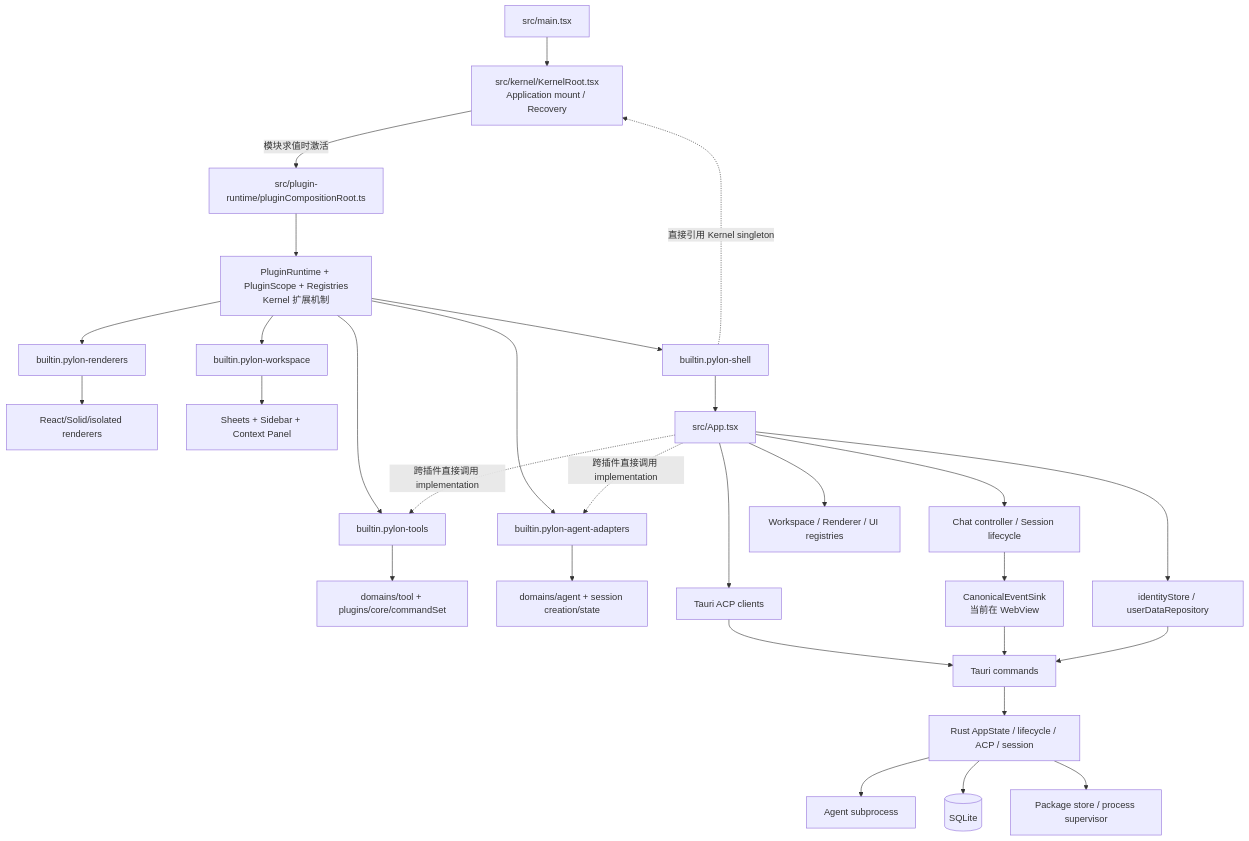
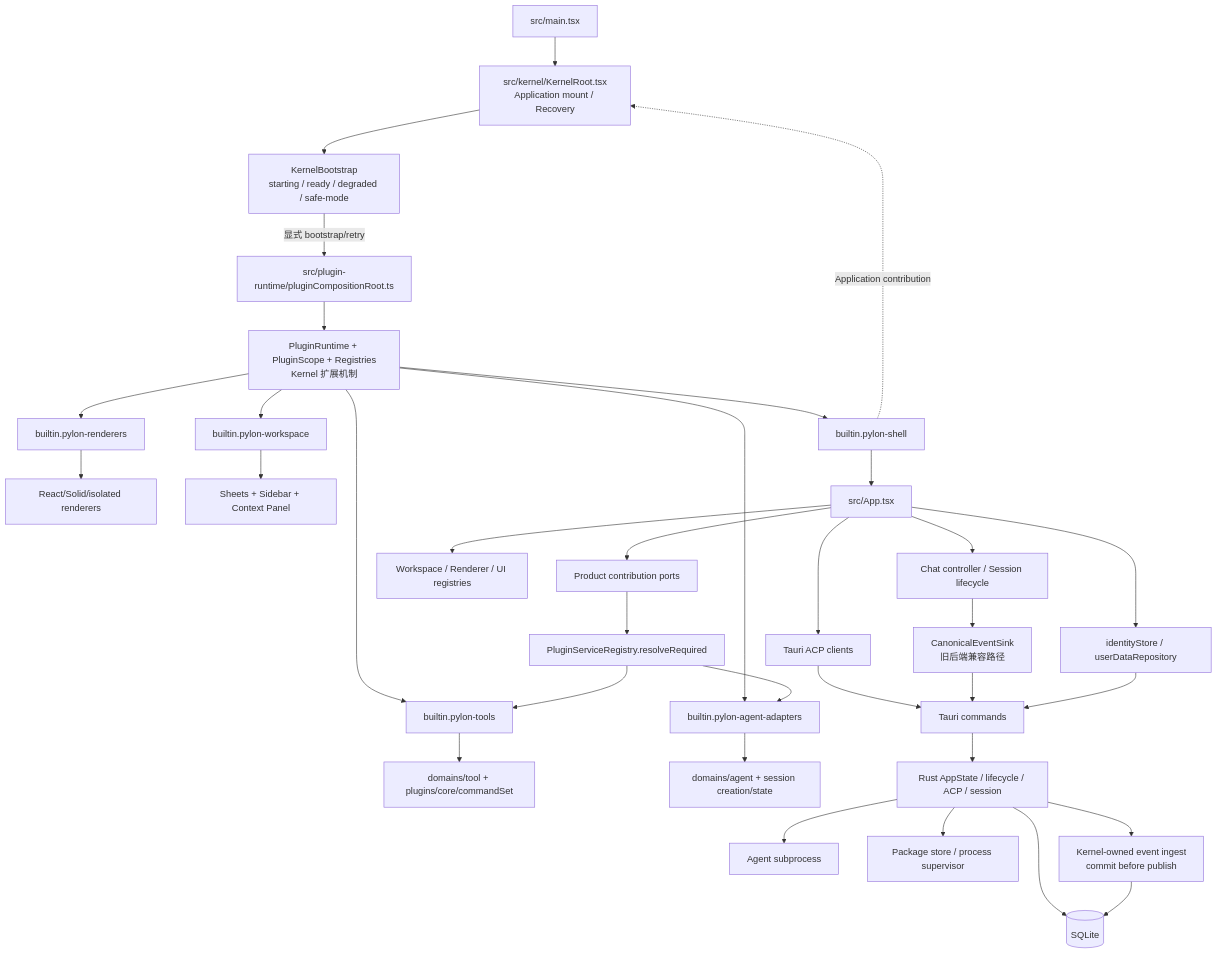
Before and after one commit to AlchemistCxC/Pylon-co-works: the first of 7 diagrams in docs/Pylon-项目架构参考.md, drawn with Mermaid. The commit also changed other lines of this file and 2 other files, not shown here.

Commit message:
docs: close kernel hardening validation ledger

````diff
--- a/docs/Pylon-项目架构参考.md
+++ b/docs/Pylon-项目架构参考.md
@@ -39,37 +39,42 @@
 ```mermaid
 flowchart TB
   Entry["src/main.tsx"] --> KR["src/kernel/KernelRoot.tsx<br/>Application mount / Recovery"]
-  KR -->|模块求值时激活| CR["src/plugin-runtime/pluginCompositionRoot.ts"]
+  KR --> KB["KernelBootstrap<br/>starting / ready / degraded / safe-mode"]
+  KB -->|显式 bootstrap/retry| CR["src/plugin-runtime/pluginCompositionRoot.ts"]
   CR --> PR["PluginRuntime + PluginScope + Registries<br/>Kernel 扩展机制"]
 
   PR --> Tools["builtin.pylon-tools"]
   PR --> Agents["builtin.pylon-agent-adapters"]
   PR --> Renderers["builtin.pylon-renderers"]
   PR --> Workspace["builtin.pylon-workspace"]
   PR --> Shell["builtin.pylon-shell"]
 
   Tools --> ToolImpl["domains/tool + plugins/core/commandSet"]
   Agents --> AgentImpl["domains/agent + session creation/state"]
   Renderers --> RendererImpl["React/Solid/isolated renderers"]
   Workspace --> WorkspaceImpl["Sheets + Sidebar + Context Panel"]
   Shell --> App["src/App.tsx"]
 
   App --> Identity["identityStore / userDataRepository"]
   App --> Chat["Chat controller / Session lifecycle"]
   App --> AcpClients["Tauri ACP clients"]
   App --> PluginConsumers["Workspace / Renderer / UI registries"]
+  App --> ProductPorts["Product contribution ports"]
+  ProductPorts --> ServiceRegistry["PluginServiceRegistry.resolveRequired"]
+  ServiceRegistry --> Tools
+  ServiceRegistry --> Agents
 
   AcpClients --> IPC["Tauri commands"]
   IPC --> RustKernel["Rust AppState / lifecycle / ACP / session"]
   RustKernel --> AgentProc["Agent subprocess"]
   RustKernel --> SQLite[("SQLite")]
   RustKernel --> NativePlugins["Package store / process supervisor"]
 
-  Chat --> CanonicalSink["CanonicalEventSink<br/>当前在 WebView"]
-  CanonicalSink --> IPC
+  RustKernel --> KernelIngest["Kernel-owned event ingest<br/>commit before publish"]
+  KernelIngest --> SQLite
+  Chat --> LegacySink["CanonicalEventSink<br/>旧后端兼容路径"]
+  LegacySink --> IPC
   Identity --> IPC
 
-  Shell -.直接引用 Kernel singleton.-> KR
-  App -.跨插件直接调用 implementation.-> Tools
-  App -.跨插件直接调用 implementation.-> Agents
+  Shell -.Application contribution.-> KR
 ```
````
